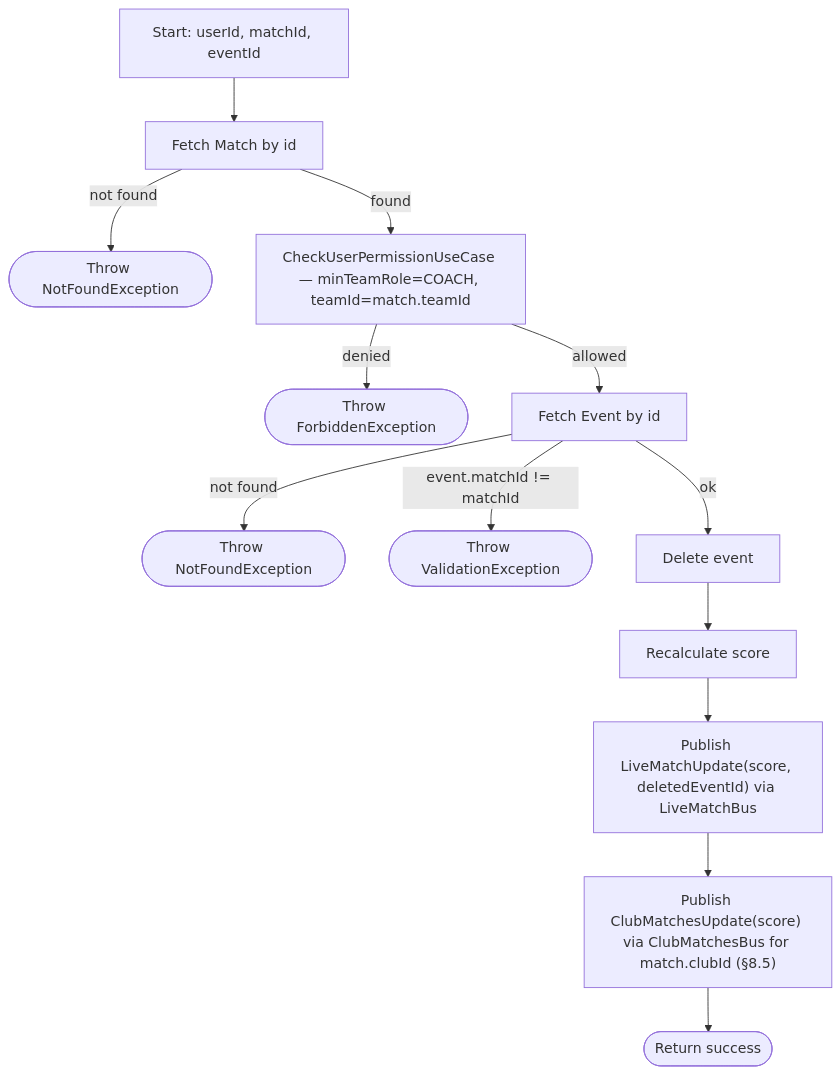
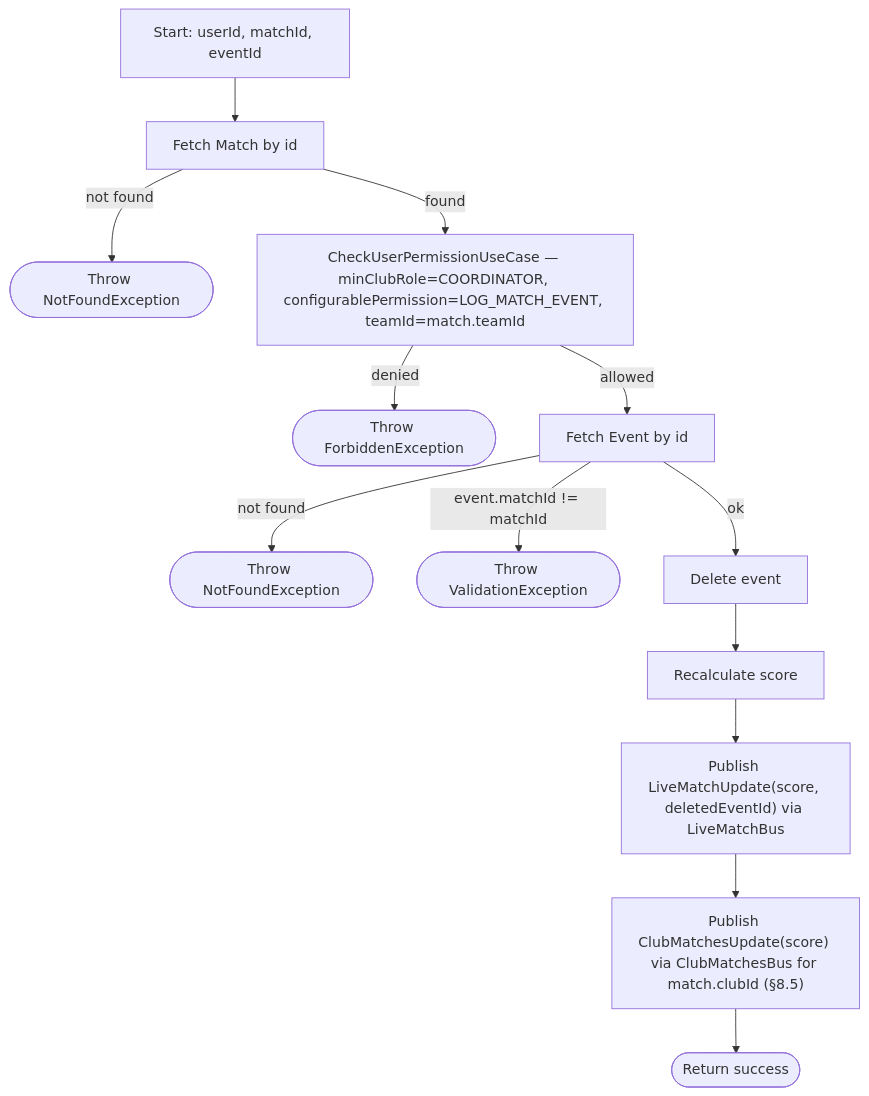
One commit to ricardofrango/squadify changed diagram 45 of 57 in PROCESS_FLOWS.md. Above: the diagram before and after it, drawn with Mermaid. The commit also changed other lines of this file and 87 other files, not shown here.

First line of the commit message:
Add configurable club permissions

````diff
--- a/PROCESS_FLOWS.md
+++ b/PROCESS_FLOWS.md
@@ -911,15 +973,15 @@
 ```mermaid
 graph TD
     A[Start: userId, matchId, eventId] --> B[Fetch Match by id]
     B -- not found --> N1(["Throw NotFoundException"])
-    B -- found --> C[CheckUserPermissionUseCase — minTeamRole=COACH, teamId=match.teamId]
+    B -- found --> C[CheckUserPermissionUseCase — minClubRole=COORDINATOR, configurablePermission=LOG_MATCH_EVENT, teamId=match.teamId]
     C -- denied --> F(["Throw ForbiddenException"])
     C -- allowed --> D[Fetch Event by id]
     D -- not found --> N2(["Throw NotFoundException"])
     D -- event.matchId != matchId --> V(["Throw ValidationException"])
     D -- ok --> E[Delete event]
     E --> G[Recalculate score]
     G --> H["Publish LiveMatchUpdate(score, deletedEventId) via LiveMatchBus"]
     H --> H2["Publish ClubMatchesUpdate(score) via ClubMatchesBus for match.clubId (§8.5)"]
     H2 --> Z(["Return success"])
 ```
````
